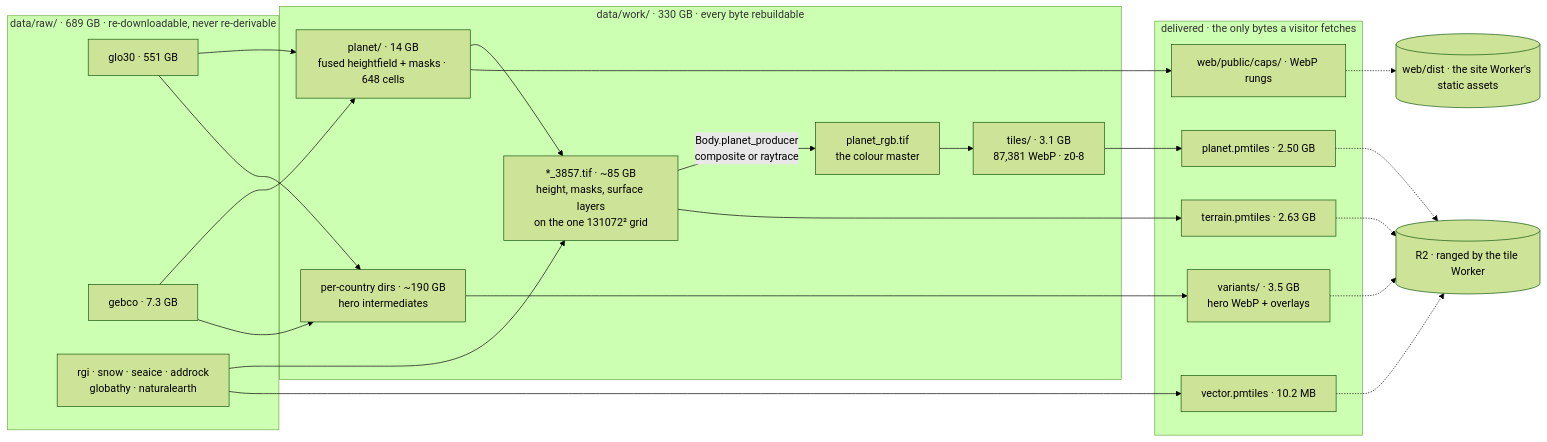
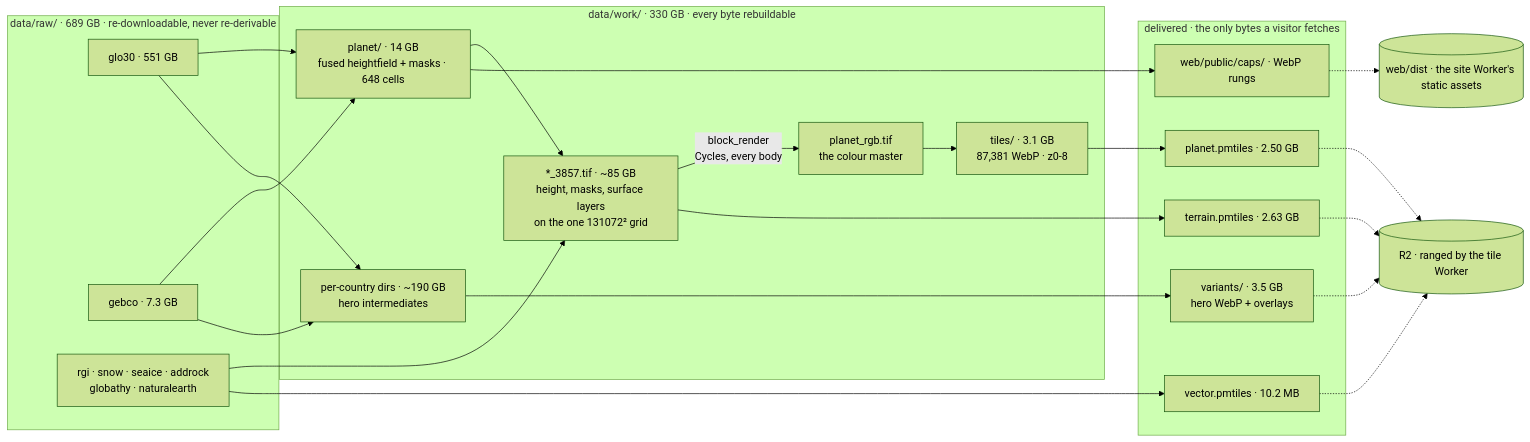
The diagram in INVENTORY.md (Alchez/terrella), drawn with Mermaid (forest theme) before and after one commit. The commit also changed other lines of this file and 17 other files, not shown here.

````diff
--- a/INVENTORY.md
+++ b/INVENTORY.md
@@ -26,43 +26,43 @@
 ```mermaid
 flowchart LR
   subgraph SRC["data/raw/ · 689 GB · re-downloadable, never re-derivable"]
     GLO["glo30 · 551 GB"]
     GEB["gebco · 7.3 GB"]
     LAY["rgi · snow · seaice · addrock<br/>globathy · naturalearth"]
   end
 
   subgraph MID["data/work/ · 330 GB · every byte rebuildable"]
     FUSE["planet/ · 14 GB<br/>fused heightfield + masks · 648 cells"]
     W["*_3857.tif · ~85 GB<br/>height, masks, surface layers<br/>on the one 131072² grid"]
     RGB["planet_rgb.tif<br/>the colour master"]
     PYR["tiles/ · 3.1 GB<br/>87,381 WebP · z0-8"]
     CTRY["per-country dirs · ~190 GB<br/>hero intermediates"]
   end
 
   subgraph OUT["delivered · the only bytes a visitor fetches"]
     PM["planet.pmtiles · 2.50 GB"]
     TER["terrain.pmtiles · 2.63 GB"]
     VEC["vector.pmtiles · 10.2 MB"]
     CAP["web/public/caps/ · WebP rungs"]
     HERO["variants/ · 3.5 GB<br/>hero WebP + overlays"]
   end
 
   GLO --> FUSE
   GEB --> FUSE
   FUSE --> W
   LAY --> W
-  W -->|"Body.planet_producer<br/>composite or raytrace"| RGB
+  W -->|"block_render<br/>Cycles, every body"| RGB
   RGB --> PYR
   PYR --> PM
   W --> TER
   FUSE --> CAP
   LAY --> VEC
   GLO --> CTRY
   GEB --> CTRY
   CTRY --> HERO
   PM -.-> R2[("R2 · ranged by the tile Worker")]
   TER -.-> R2
   VEC -.-> R2
   HERO -.-> R2
   CAP -.-> SITE[("web/dist · the site Worker's static assets")]
 ```
````
